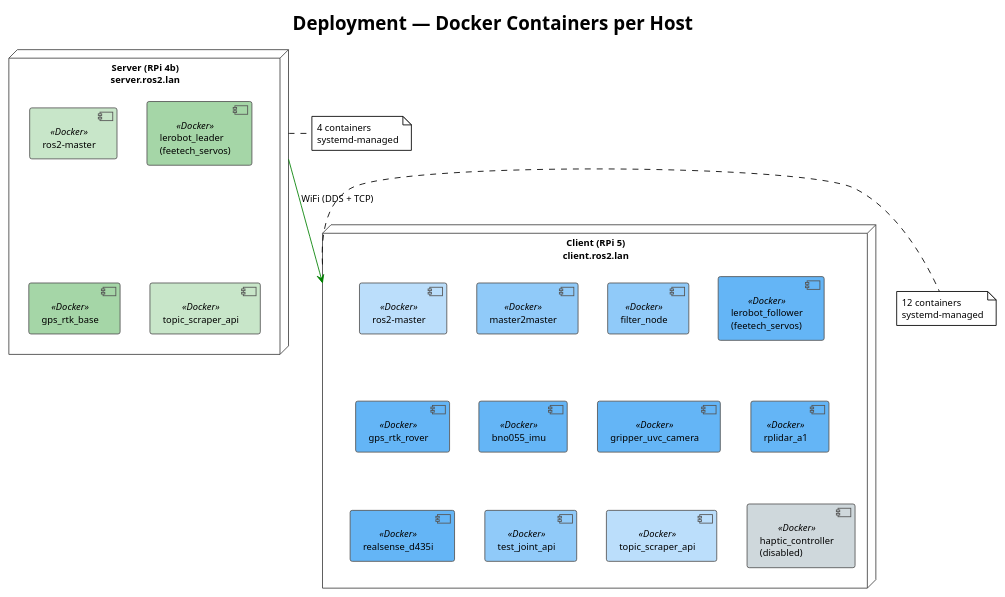
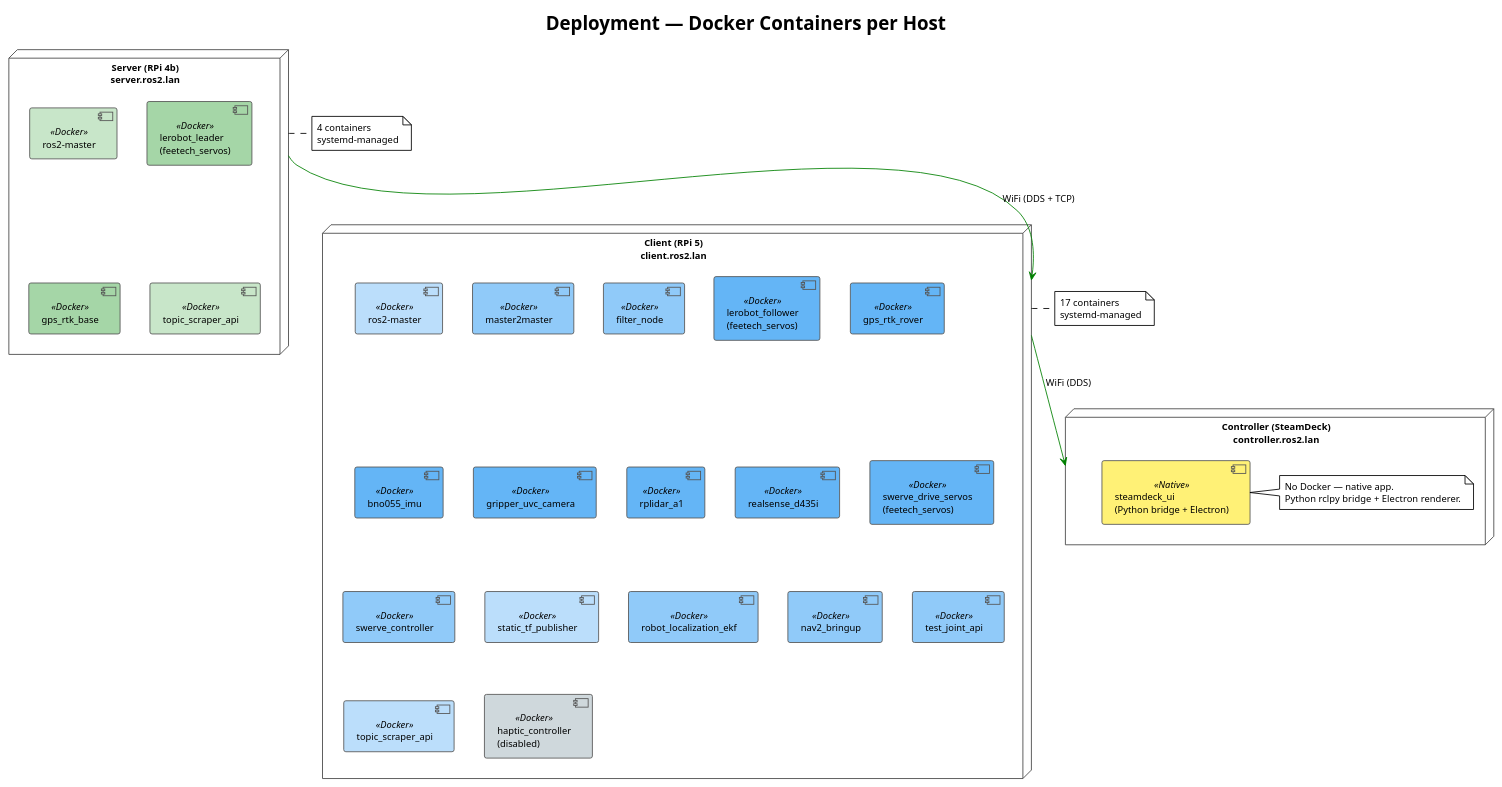
Before and after one commit to szymonrychu/ros2-lerobot-swerve-platform: the diagram in docs/diagrams/deployment.puml, drawn with PlantUML. The commit also changed 16 other files, not shown here.

```diff
--- a/docs/diagrams/deployment.puml
+++ b/docs/diagrams/deployment.puml
@@ -1,44 +1,58 @@
 @startuml deployment
 !theme plain
 skinparam backgroundColor white
 skinparam defaultFontSize 11
 skinparam nodeBorderColor #444
 skinparam componentBorderColor #555
 
 title Deployment — Docker Containers per Host
 
 node "Server (RPi 4b)\nserver.ros2.lan" as server {
   component "ros2-master" as sm <<Docker>> #C8E6C9
   component "lerobot_leader\n(feetech_servos)" as sl <<Docker>> #A5D6A7
   component "gps_rtk_base" as sg <<Docker>> #A5D6A7
   component "topic_scraper_api" as ss <<Docker>> #C8E6C9
 }
 
 node "Client (RPi 5)\nclient.ros2.lan" as client {
   component "ros2-master" as cm <<Docker>> #BBDEFB
   component "master2master" as cmm <<Docker>> #90CAF9
   component "filter_node" as cf <<Docker>> #90CAF9
   component "lerobot_follower\n(feetech_servos)" as clf <<Docker>> #64B5F6
   component "gps_rtk_rover" as cg <<Docker>> #64B5F6
   component "bno055_imu" as ci <<Docker>> #64B5F6
   component "gripper_uvc_camera" as cc <<Docker>> #64B5F6
   component "rplidar_a1" as cr <<Docker>> #64B5F6
   component "realsense_d435i" as cre <<Docker>> #64B5F6
+  component "swerve_drive_servos\n(feetech_servos)" as css <<Docker>> #64B5F6
+  component "swerve_controller" as csc <<Docker>> #90CAF9
+  component "static_tf_publisher" as ctf <<Docker>> #BBDEFB
+  component "robot_localization_ekf" as cekf <<Docker>> #90CAF9
+  component "nav2_bringup" as cnav <<Docker>> #90CAF9
   component "test_joint_api" as ct <<Docker>> #90CAF9
   component "topic_scraper_api" as cs <<Docker>> #BBDEFB
   component "haptic_controller\n(disabled)" as ch <<Docker>> #CFD8DC
 }
 
+node "Controller (SteamDeck)\ncontroller.ros2.lan" as controller {
+  component "steamdeck_ui\n(Python bridge + Electron)" as csd <<Native>> #FFF176
+  note right of csd
+    No Docker — native app.
+    Python rclpy bridge + Electron renderer.
+  end note
+}
+
 server -[#green]-> client : WiFi (DDS + TCP)
+client -[#green]-> controller : WiFi (DDS)
 
 note right of server
   4 containers
   systemd-managed
 end note
 
 note right of client
-  12 containers
+  17 containers
   systemd-managed
 end note
 
 @enduml
```
